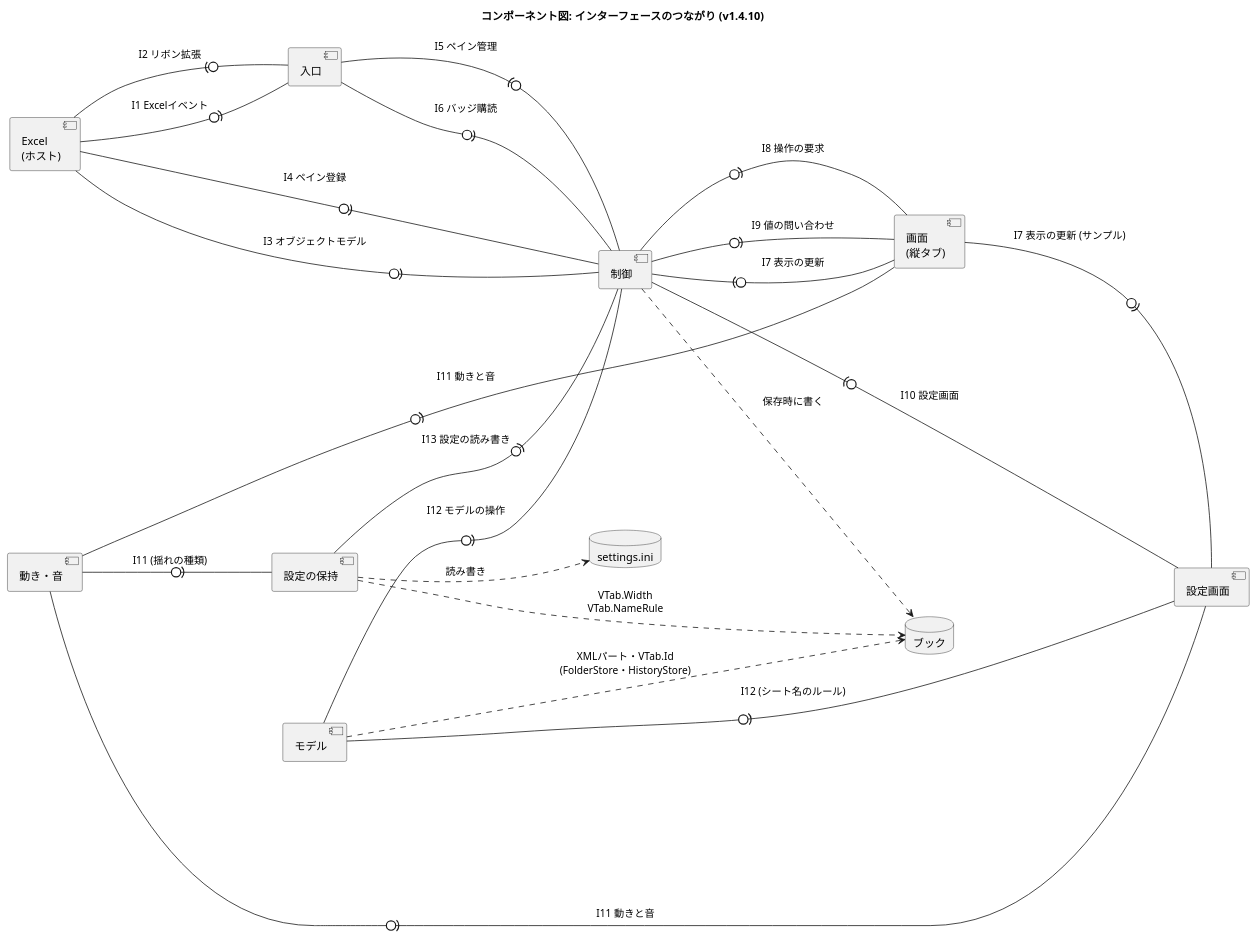
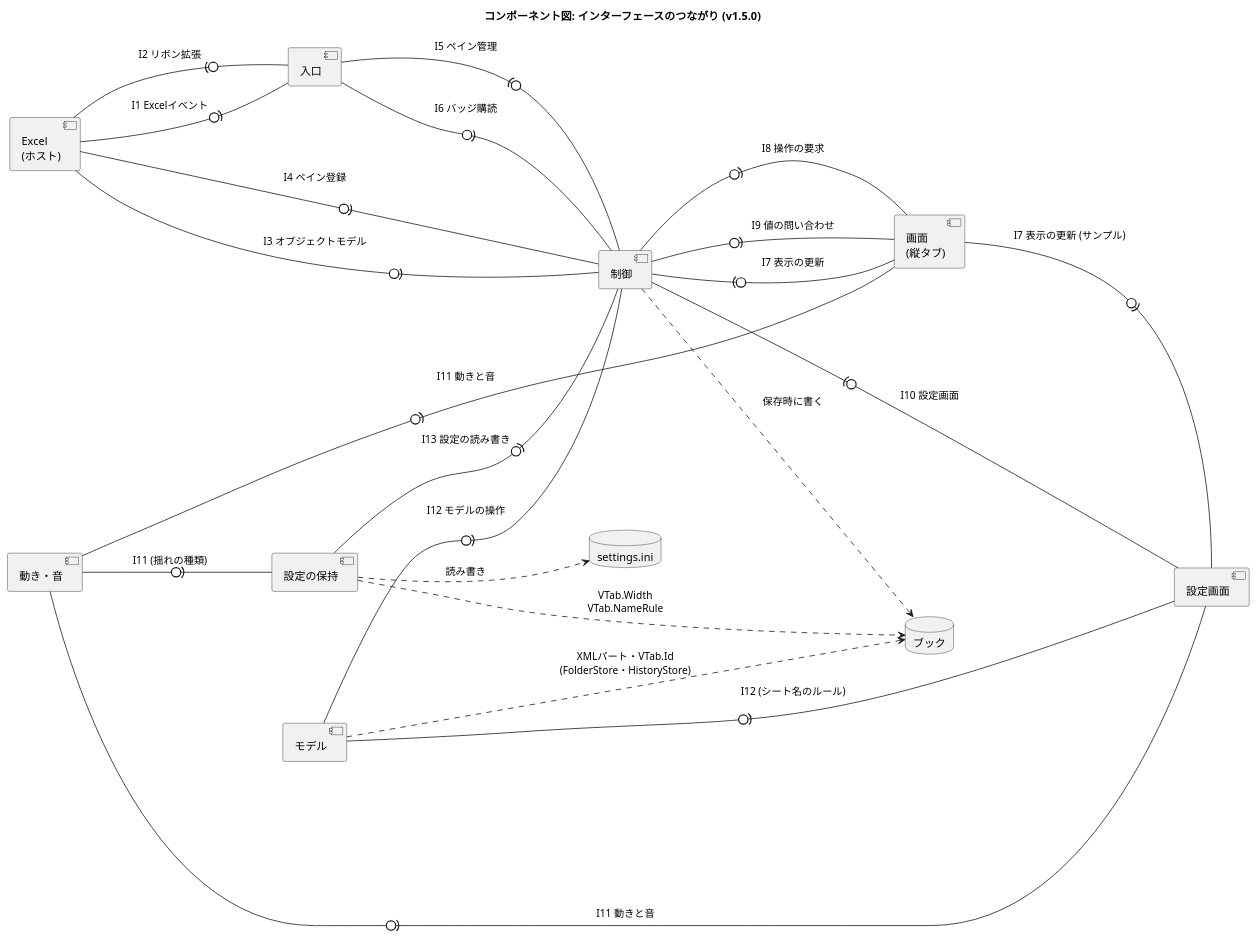
One commit to nk-taka623/VerticalSheetTabs changed the diagram in docs/component-interface.puml. Above: the diagram before and after it, drawn with PlantUML. The commit also changed 14 other files, not shown here.

```diff
--- a/docs/component-interface.puml
+++ b/docs/component-interface.puml
@@ -1,43 +1,43 @@
 @startuml
-title コンポーネント図: インターフェースのつながり (v1.4.10)
+title コンポーネント図: インターフェースのつながり (v1.5.0)
 left to right direction
 skinparam componentStyle uml2
 skinparam shadowing false
 skinparam nodesep 50
 skinparam ranksep 110
 
 component "Excel\n(ホスト)" as HOST
 component "入口" as ENTRY
 component "制御" as CTRL
 component "画面\n(縦タブ)" as VIEW
 component "設定画面" as SETTINGS
 component "動き・音" as FX
 component "モデル" as MODEL
 component "設定の保持" as CONFIG
 database "ブック" as BOOK
 database "settings.ini" as INI
 
 ' 「提供側 -0)- 利用側」: 丸が提供するインターフェース、受け口が利用 (I1 から I13 は、DEVELOPMENT.md の表)
 HOST -0)- ENTRY : I1 Excelイベント
 ENTRY -0)- HOST : I2 リボン拡張
 HOST -0)- CTRL : I3 オブジェクトモデル
 HOST -0)- CTRL : I4 ペイン登録
 CTRL -0)- ENTRY : I5 ペイン管理
 ENTRY -0)- CTRL : I6 バッジ購読
 VIEW -0)- CTRL : I7 表示の更新
 CTRL -0)- VIEW : I8 操作の要求
 CTRL -0)- VIEW : I9 値の問い合わせ
 SETTINGS -0)- CTRL : I10 設定画面
 VIEW -0)- SETTINGS : I7 表示の更新 (サンプル)
 FX -0)- VIEW : I11 動きと音
 FX -0)- SETTINGS : I11 動きと音
 FX -0)- CONFIG : I11 (揺れの種類)
 MODEL -0)- CTRL : I12 モデルの操作
 MODEL -0)- SETTINGS : I12 (シート名のルール)
 CONFIG -0)- CTRL : I13 設定の読み書き
 
 CTRL ..> BOOK : 保存時に書く
 MODEL ..> BOOK : XMLパート・VTab.Id\n(FolderStore・HistoryStore)
 CONFIG ..> BOOK : VTab.Width\nVTab.NameRule
 CONFIG ..> INI : 読み書き
 @enduml
```
